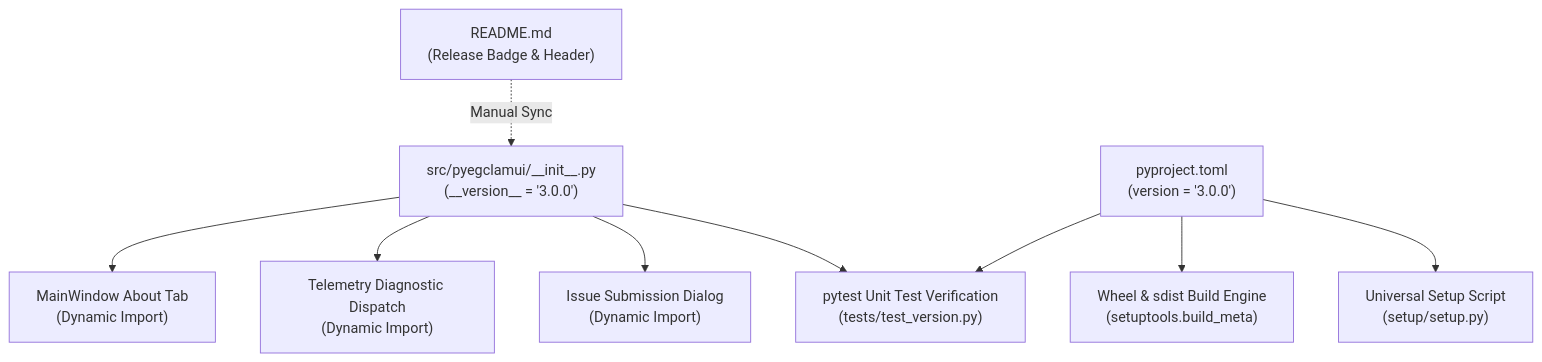
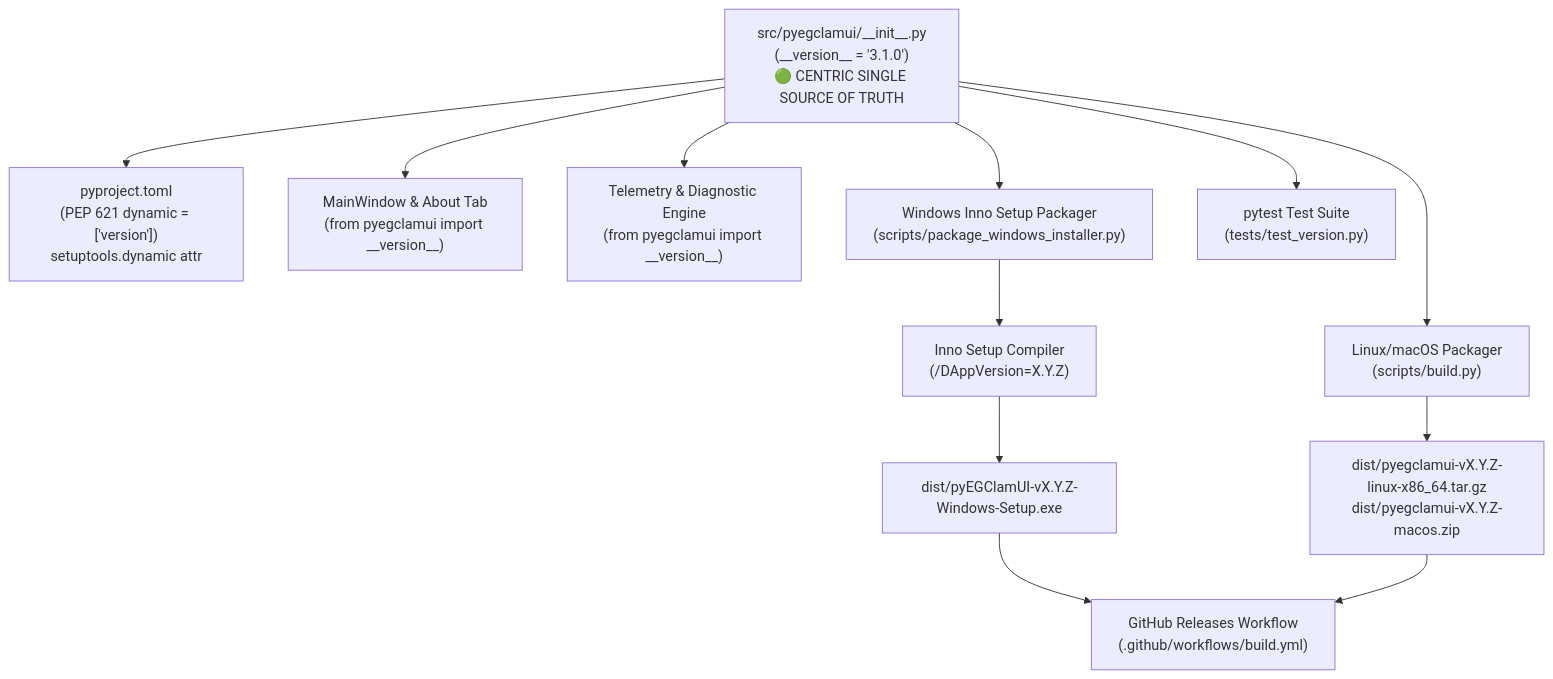
One commit to EG1DOTIN/av.eg1.in changed the second of 3 diagrams in pyEGClamUI-Docs/docs/VERSIONING.md. Above: the diagram before and after it, drawn with Mermaid. The commit also changed other lines of this file and 24 other files, not shown here.

First line of the commit message:
feat(sync): implement automated GitHub releases and documentation sync engine

````diff
--- a/pyEGClamUI-Docs/docs/VERSIONING.md
+++ b/pyEGClamUI-Docs/docs/VERSIONING.md
@@ -43,13 +43,17 @@
 ```mermaid
 flowchart TD
-    Init["src/pyegclamui/__init__.py<br/>(__version__ = '3.0.0')"] --> GUI["MainWindow About Tab<br/>(Dynamic Import)"]
-    Init --> Telem["Telemetry Diagnostic Dispatch<br/>(Dynamic Import)"]
-    Init --> Issue["Issue Submission Dialog<br/>(Dynamic Import)"]
-    Init --> Pytest["pytest Unit Test Verification<br/>(tests/test_version.py)"]
+    Init["src/pyegclamui/__init__.py<br/>(__version__ = '3.1.0')<br/>🟢 CENTRIC SINGLE SOURCE OF TRUTH"]
 
-    Pyproj["pyproject.toml<br/>(version = '3.0.0')"] --> Build["Wheel & sdist Build Engine<br/>(setuptools.build_meta)"]
-    Pyproj --> Installer["Universal Setup Script<br/>(setup/setup.py)"]
-    Pyproj --> Pytest
+    Init --> Pyproj["pyproject.toml<br/>(PEP 621 dynamic = ['version'])<br/>setuptools.dynamic attr"]
+    Init --> GUI["MainWindow & About Tab<br/>(from pyegclamui import __version__)"]
+    Init --> Telem["Telemetry & Diagnostic Engine<br/>(from pyegclamui import __version__)"]
+    Init --> BuildUnix["Linux/macOS Packager<br/>(scripts/build.py)"]
+    Init --> BuildWin["Windows Inno Setup Packager<br/>(scripts/package_windows_installer.py)"]
+    Init --> Pytest["pytest Test Suite<br/>(tests/test_version.py)"]
 
-    Readme["README.md<br/>(Release Badge & Header)"] -.->|Manual Sync| Init
+    BuildWin --> Inno["Inno Setup Compiler<br/>(/DAppVersion=X.Y.Z)"]
+    Inno --> SetupExe["dist/pyEGClamUI-vX.Y.Z-Windows-Setup.exe"]
+    BuildUnix --> TarGz["dist/pyegclamui-vX.Y.Z-linux-x86_64.tar.gz<br/>dist/pyegclamui-vX.Y.Z-macos.zip"]
+    SetupExe --> Release["GitHub Releases Workflow<br/>(.github/workflows/build.yml)"]
+    TarGz --> Release
 ```
````
